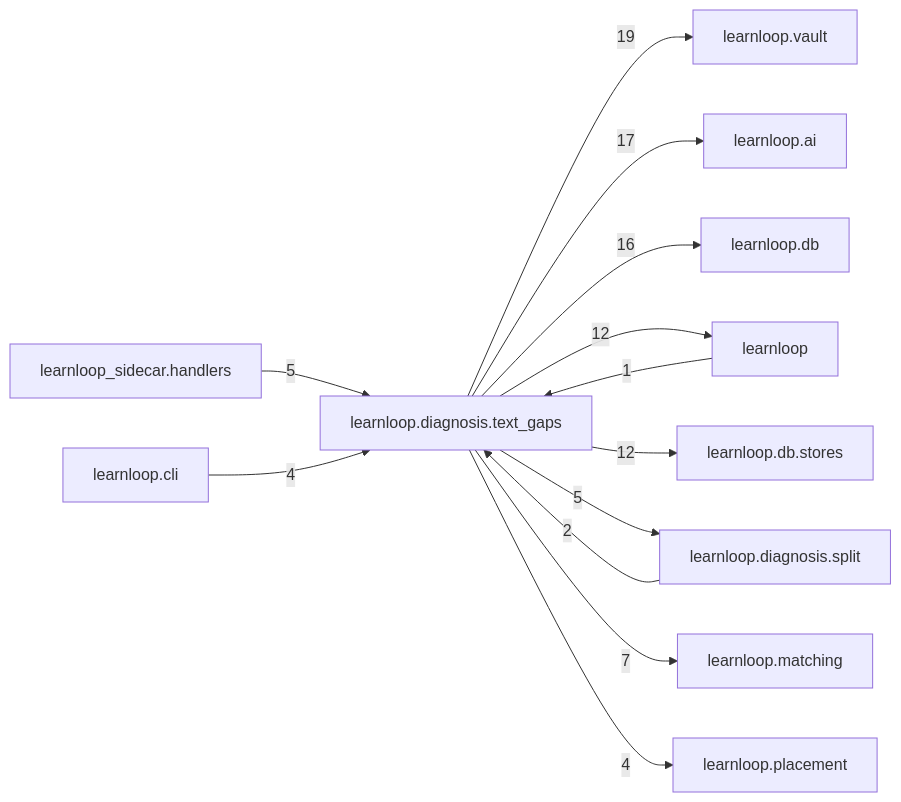
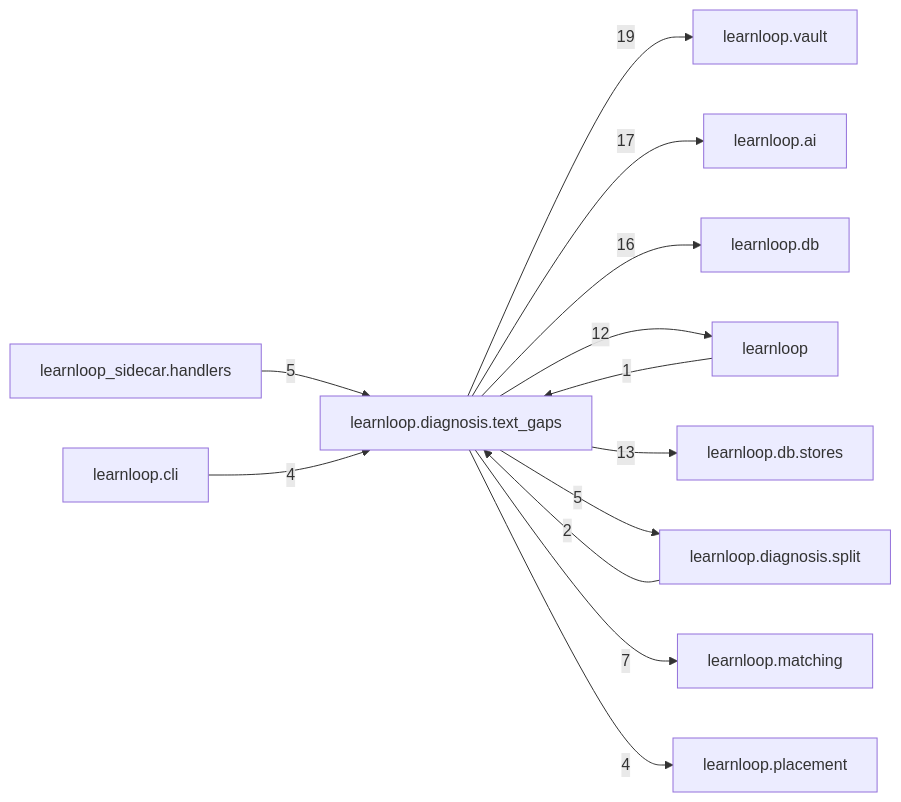
The diagram in docs/learnloop-architecture-vault/Reference/Modules/learnloop/diagnosis/text_gaps/_package.md (6up-b/learnanything), drawn with Mermaid before and after one commit. The commit also changed other lines of this file and 55 other files, not shown here.

````diff
--- a/docs/learnloop-architecture-vault/Reference/Modules/learnloop/diagnosis/text_gaps/_package.md
+++ b/docs/learnloop-architecture-vault/Reference/Modules/learnloop/diagnosis/text_gaps/_package.md
@@ -112,26 +112,26 @@
 ```mermaid
 flowchart LR
     center["learnloop.diagnosis.text_gaps"]
     n_learnloop_vault["learnloop.vault"]
     n_learnloop_ai["learnloop.ai"]
     n_learnloop_db["learnloop.db"]
     n_learnloop["learnloop"]
     n_learnloop_db_stores["learnloop.db.stores"]
     n_learnloop_diagnosis_split["learnloop.diagnosis.split"]
     n_learnloop_matching["learnloop.matching"]
     n_learnloop_sidecar_handlers["learnloop_sidecar.handlers"]
     n_learnloop_cli["learnloop.cli"]
     n_learnloop_placement["learnloop.placement"]
     center -->|19| n_learnloop_vault
     center -->|17| n_learnloop_ai
     center -->|16| n_learnloop_db
     n_learnloop -->|1| center
     center -->|12| n_learnloop
-    center -->|12| n_learnloop_db_stores
+    center -->|13| n_learnloop_db_stores
     n_learnloop_diagnosis_split -->|2| center
     center -->|5| n_learnloop_diagnosis_split
     center -->|7| n_learnloop_matching
     n_learnloop_sidecar_handlers -->|5| center
     n_learnloop_cli -->|4| center
     center -->|4| n_learnloop_placement
 ```
````
